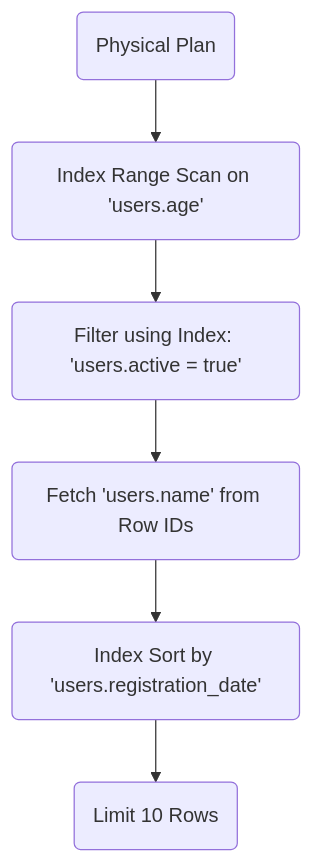
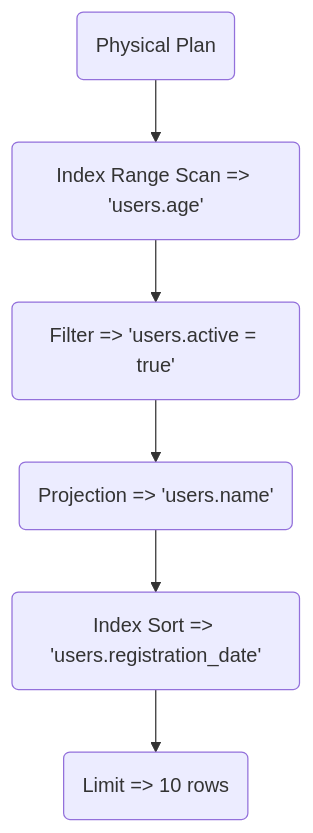
The fourth of 6 diagrams in src/main/slides/index.adoc (kcrimson/databases-ancient-engineers), drawn with Mermaid before and after one commit. The commit also changed other lines of this file and 1 other file, not shown here.

Commit message:
diagram cleanup

```diff
--- a/src/main/slides/index.adoc
+++ b/src/main/slides/index.adoc
@@ -181,9 +202,9 @@
 [mermaid,height=800,theme=forest]
 ....
 flowchart TD
-    A("Physical Plan") --> B("Index Range Scan on 'users.age'")
-    B --> C("Filter using Index: 'users.active = true'")
-    C --> D("Fetch 'users.name' from Row IDs")
-    D --> E("Index Sort by 'users.registration_date'")
-    E --> F("Limit 10 Rows")
+    A("Physical Plan") --> B("Index Range Scan => 'users.age'")
+    B --> C("Filter => 'users.active = true'")
+    C --> D("Projection => 'users.name'")
+    D --> E("Index Sort => 'users.registration_date'")
+    E --> F("Limit => 10 rows")
 ....
```
